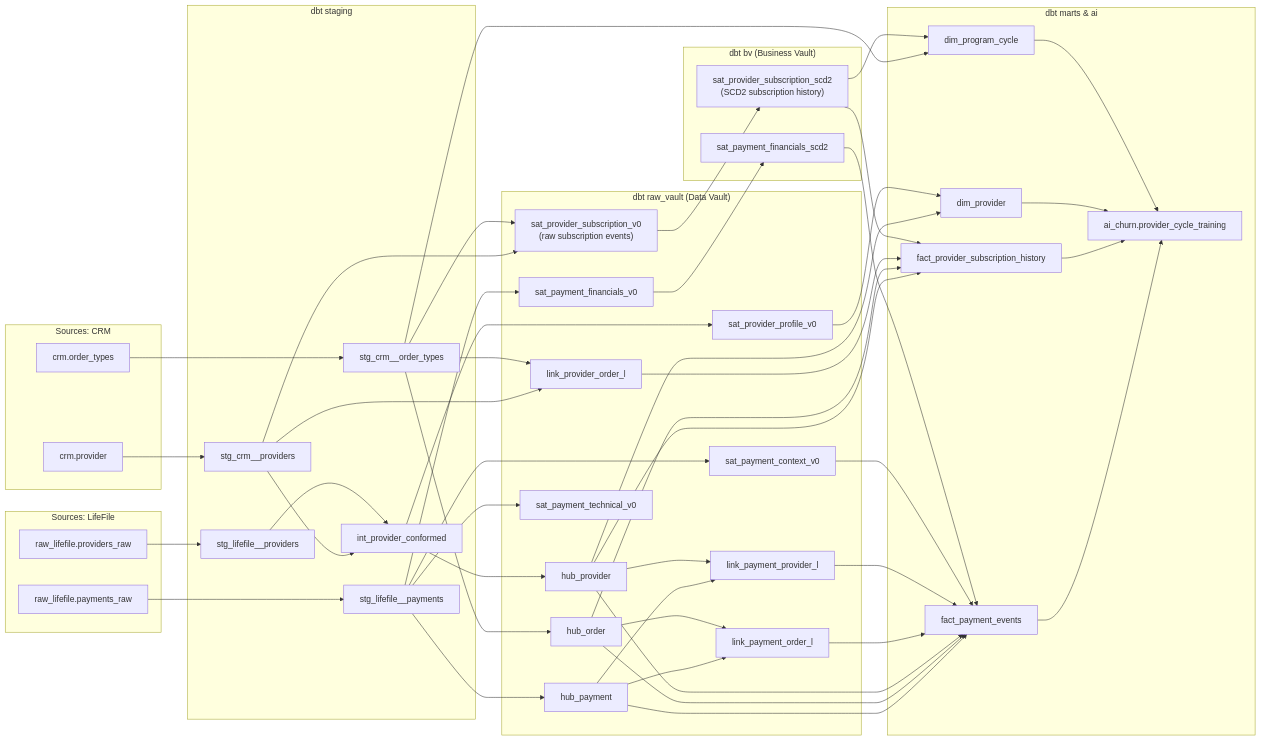
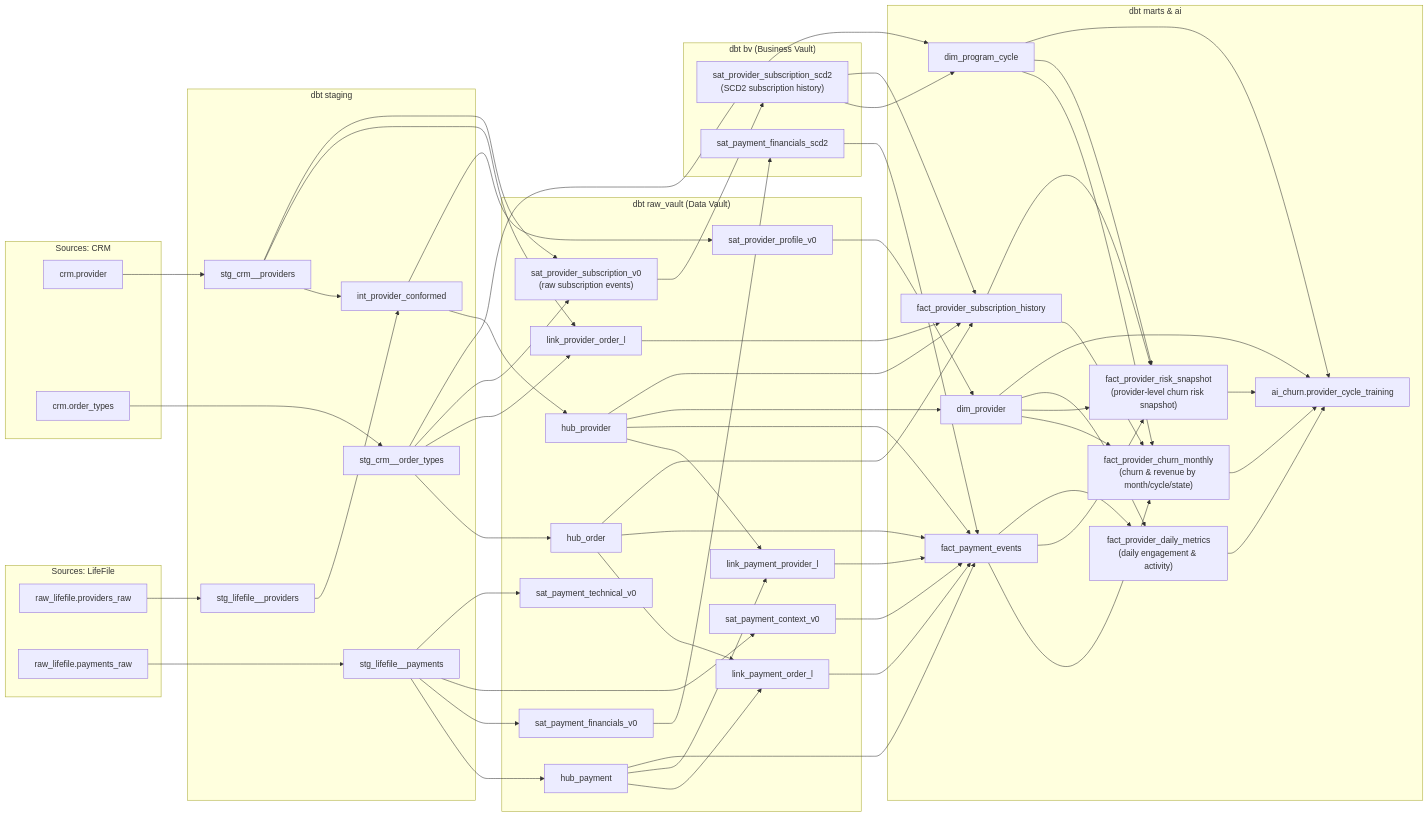
One commit to Cerega313/-Allia-Health-Group changed the second of 2 diagrams in README.md. Above: the diagram before and after it, drawn with Mermaid.

````diff
--- a/README.md
+++ b/README.md
@@ -269,6 +269,11 @@
   subgraph MARTS["dbt marts & ai"]
     FACT_PAY["fact_payment_events"]
     FACT_PROV_SUB["fact_provider_subscription_history"]
+
+    FACT_PROV_CHURN_M["fact_provider_churn_monthly\n(churn & revenue by month/cycle/state)"]
+    FACT_PROV_RISK["fact_provider_risk_snapshot\n(provider-level churn risk snapshot)"]
+    FACT_PROV_DAILY["fact_provider_daily_metrics\n(daily engagement & activity)"]
+
     DIM_PROV["dim_provider"]
     DIM_PROGRAM["dim_program_cycle"]
     AI_CHURN["ai_churn.provider_cycle_training"]
@@ -318,7 +323,7 @@
   SAT_PAY_FIN_RAW --> SAT_PAY_FIN_SCD
   SAT_PROV_SUB_RAW --> SAT_PROV_SUB_SCD
 
-  %% ---------- Business Vault → Marts ----------
+  %% ---------- Business Vault → Base marts ----------
   %% Payment facts
   HUB_PAY --> FACT_PAY
   HUB_ORDER --> FACT_PAY
@@ -342,9 +347,28 @@
   LINK_PROV_ORDER --> FACT_PROV_SUB
   SAT_PROV_SUB_SCD --> FACT_PROV_SUB
 
-  %% AI churn dataset from marts / dims
-  FACT_PAY --> AI_CHURN
-  FACT_PROV_SUB --> AI_CHURN
+  %% ---------- Derived marts for dashboards ----------
+  %% Monthly churn & revenue mart (feeds Overview dashboard)
+  FACT_PROV_SUB --> FACT_PROV_CHURN_M
+  FACT_PAY --> FACT_PROV_CHURN_M
+  DIM_PROV --> FACT_PROV_CHURN_M
+  DIM_PROGRAM --> FACT_PROV_CHURN_M
+
+  %% Risk snapshot mart (feeds Risks dashboard)
+  FACT_PROV_SUB --> FACT_PROV_RISK
+  FACT_PAY --> FACT_PROV_RISK
+  DIM_PROV --> FACT_PROV_RISK
+  DIM_PROGRAM --> FACT_PROV_RISK
+
+  %% Daily metrics mart (for daily monitoring & AI features)
+  FACT_PAY --> FACT_PROV_DAILY
+  DIM_PROV --> FACT_PROV_DAILY
+
+  %% ---------- AI churn dataset from marts / dims ----------
+  FACT_PROV_CHURN_M --> AI_CHURN
+  FACT_PROV_RISK --> AI_CHURN
+  FACT_PROV_DAILY --> AI_CHURN
   DIM_PROV --> AI_CHURN
   DIM_PROGRAM --> AI_CHURN
+
 ```
````
